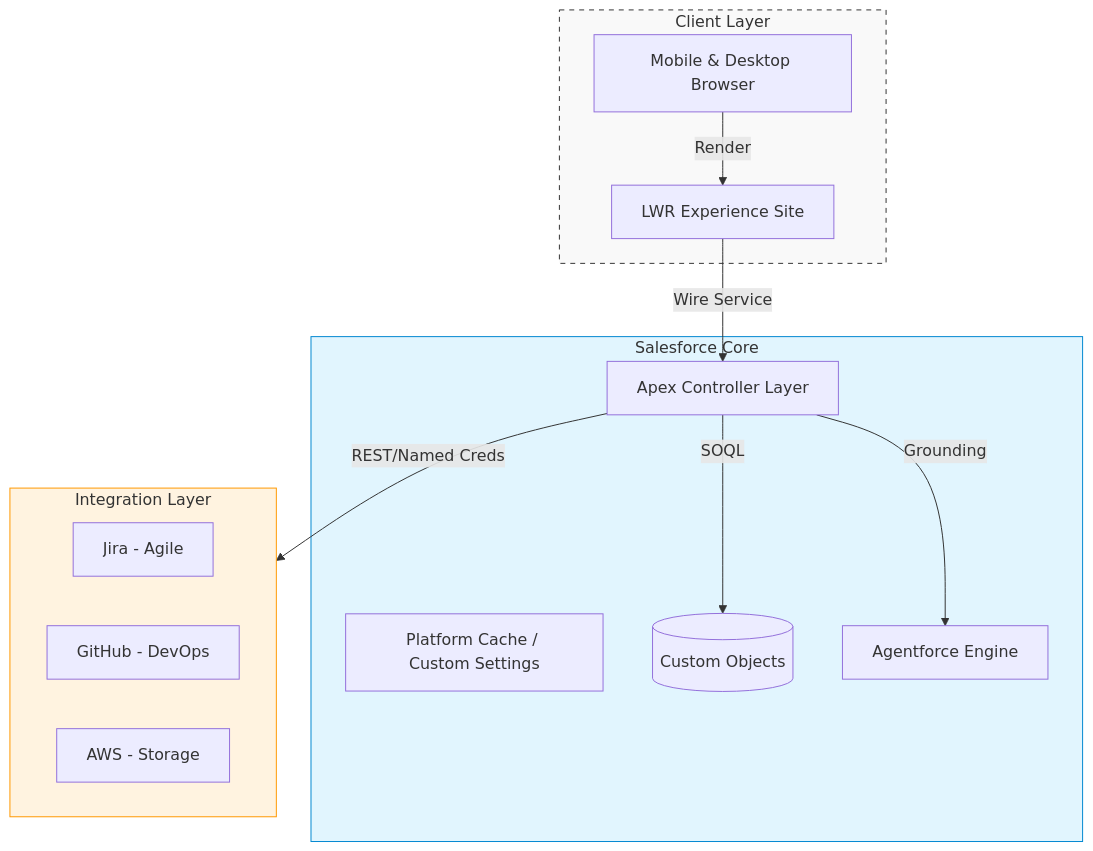
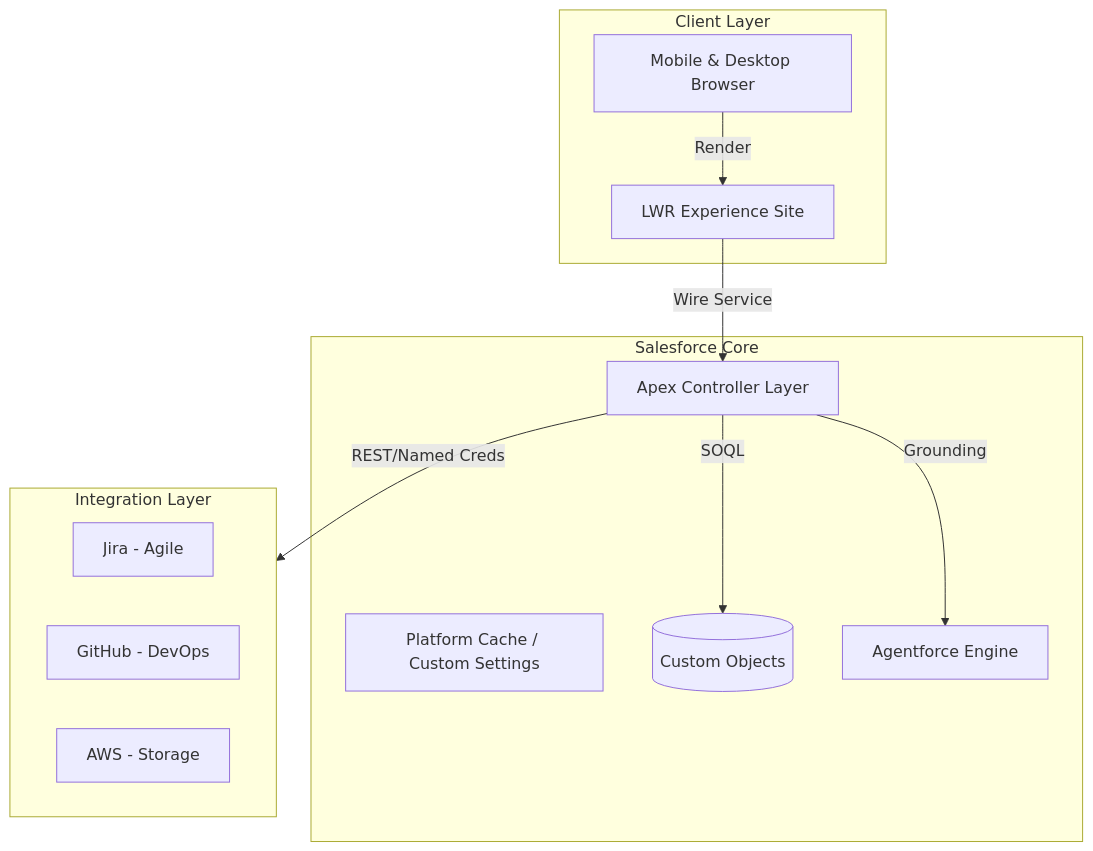
One commit to rdbumstead/salesforce-platform-architect-portfolio changed the diagram in README.md. Above: the diagram before and after it, drawn with Mermaid.

Commit message:
Remove styling definitions from README
Removed styling definitions for Client Layer, Salesforce Core, and External Services.

````diff
--- a/README.md
+++ b/README.md
@@ -15,27 +15,23 @@
 ```mermaid
 graph TD
     subgraph Client_Layer [Client Layer]
         Browser[Mobile & Desktop Browser]
         LWR[LWR Experience Site]
     end
     subgraph Salesforce_Core [Salesforce Core]
         Apex[Apex Controller Layer]
         Cache[Platform Cache / Custom Settings]
         DB[(Custom Objects)]
         AI[Agentforce Engine]
     end
     subgraph External_Services [Integration Layer]
         Jira[Jira - Agile]
         Git[GitHub - DevOps]
         AWS[AWS - Storage]
     end
     Browser -->|Render| LWR
     LWR -->|Wire Service| Apex
     Apex -->|SOQL| DB
     Apex -->|Grounding| AI
     Apex -->|REST/Named Creds| External_Services
-    
-    style Client_Layer fill:#f9f9f9,stroke:#333,stroke-dasharray: 5 5
-    style Salesforce_Core fill:#e1f5fe,stroke:#0288d1
-    style External_Services fill:#fff3e0,stroke:#ff9800
 ```
````
